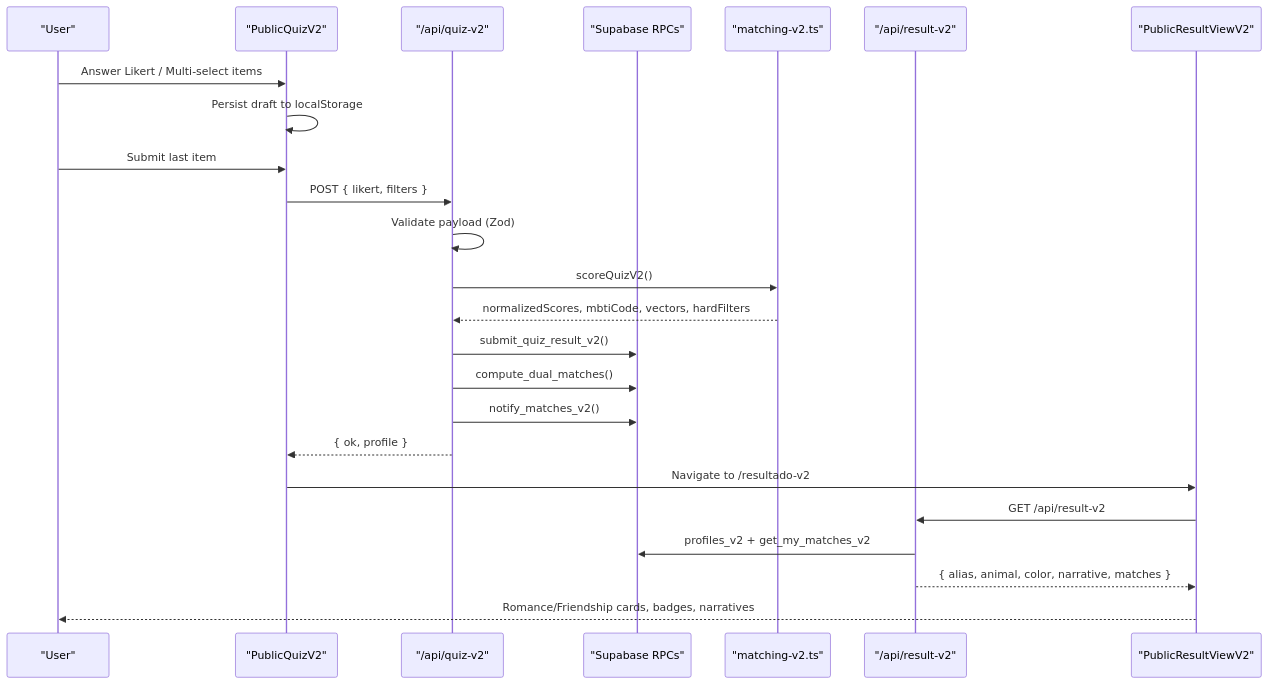
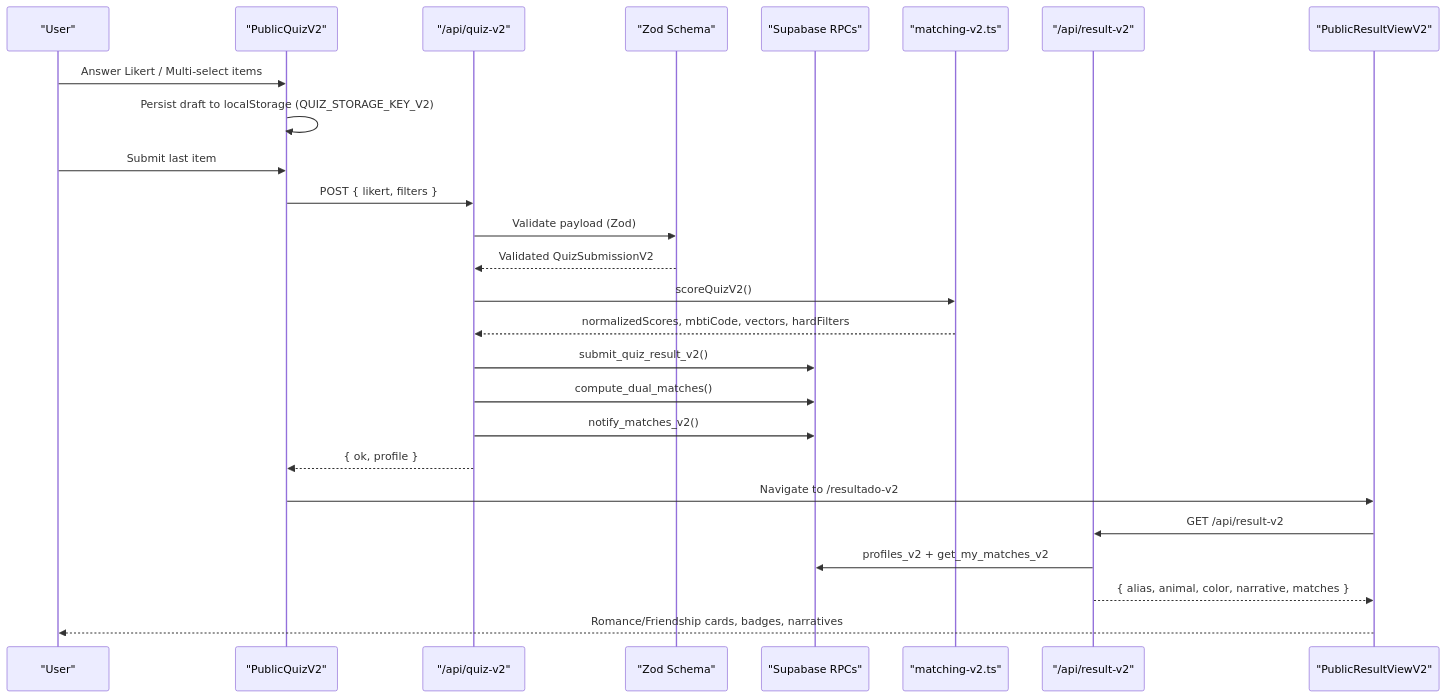
The second of 9 diagrams in .qoder/repowiki/en/content/Core Components/Interactive Quiz Interface v2.md (AmeliaDi/ProyectoENESZooMatch), drawn with Mermaid before and after one commit. The commit also changed other lines of this file and 43 other files, not shown here.

````diff
--- a/.qoder/repowiki/en/content/Core Components/Interactive Quiz Interface v2.md
+++ b/.qoder/repowiki/en/content/Core Components/Interactive Quiz Interface v2.md
@@ -141,26 +157,28 @@
 ```mermaid
 sequenceDiagram
 participant User as "User"
 participant QuizUI as "PublicQuizV2"
 participant QuizAPI as "/api/quiz-v2"
+participant Validator as "Zod Schema"
 participant Supabase as "Supabase RPCs"
 participant Matching as "matching-v2.ts"
 participant ResultAPI as "/api/result-v2"
 participant ResultUI as "PublicResultViewV2"
 User->>QuizUI : Answer Likert / Multi-select items
-QuizUI->>QuizUI : Persist draft to localStorage
+QuizUI->>QuizUI : Persist draft to localStorage (QUIZ_STORAGE_KEY_V2)
 User->>QuizUI : Submit last item
 QuizUI->>QuizAPI : POST { likert, filters }
-QuizAPI->>QuizAPI : Validate payload (Zod)
+QuizAPI->>Validator : Validate payload (Zod)
+Validator-->>QuizAPI : Validated QuizSubmissionV2
 QuizAPI->>Matching : scoreQuizV2()
 Matching-->>QuizAPI : normalizedScores, mbtiCode, vectors, hardFilters
 QuizAPI->>Supabase : submit_quiz_result_v2()
 QuizAPI->>Supabase : compute_dual_matches()
 QuizAPI->>Supabase : notify_matches_v2()
 QuizAPI-->>QuizUI : { ok, profile }
 QuizUI->>ResultUI : Navigate to /resultado-v2
 ResultUI->>ResultAPI : GET /api/result-v2
 ResultAPI->>Supabase : profiles_v2 + get_my_matches_v2
 ResultAPI-->>ResultUI : { alias, animal, color, narrative, matches }
 ResultUI-->>User : Romance/Friendship cards, badges, narratives
 ```
````
